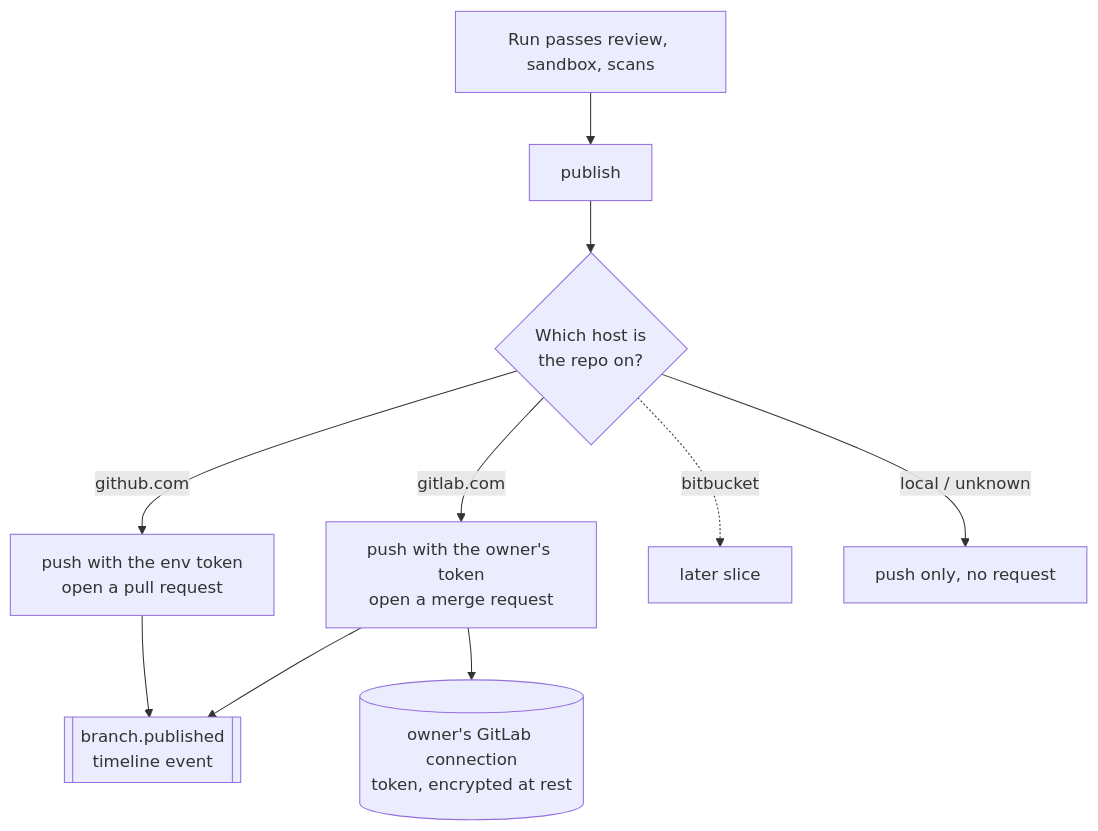
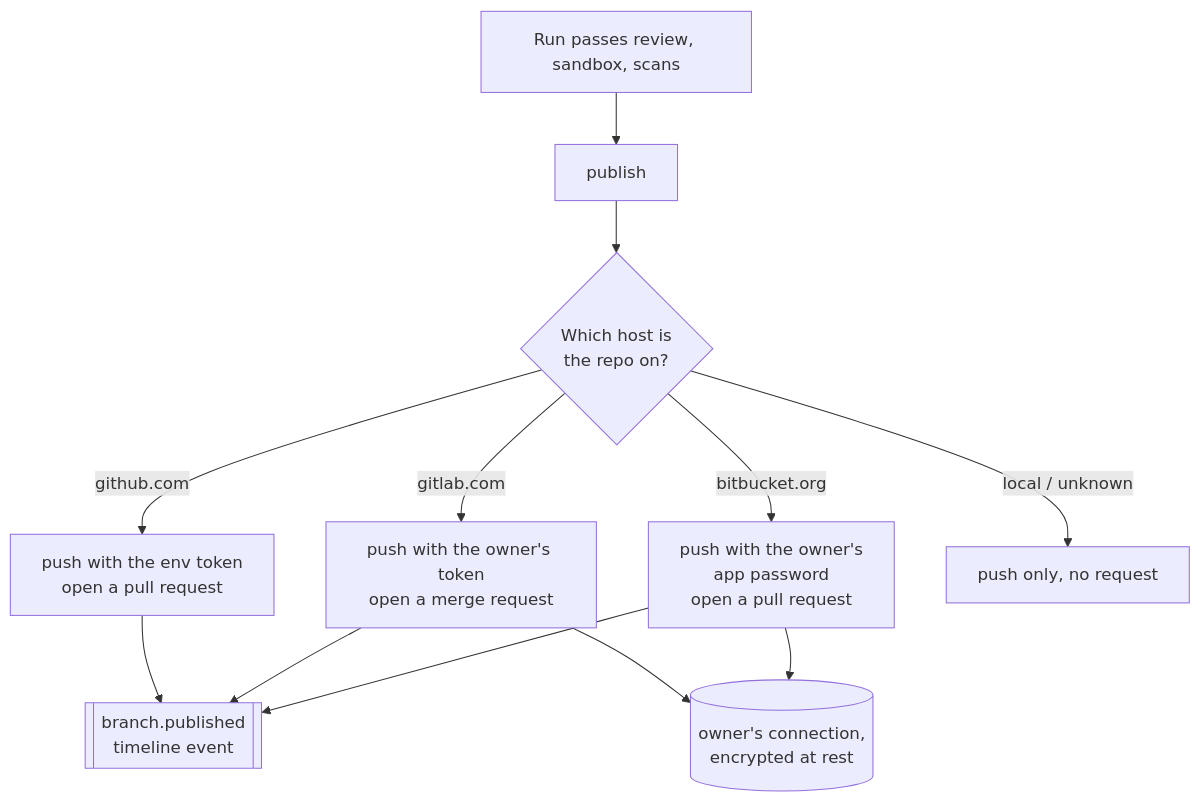
Before and after one commit to aayushraj1425/automated-software-engineering-team: the diagram in docs/architecture/SOURCE_HOSTS.md, drawn with Mermaid. The commit also changed other lines of this file and 9 other files, not shown here.

````diff
--- a/docs/architecture/SOURCE_HOSTS.md
+++ b/docs/architecture/SOURCE_HOSTS.md
@@ -17,12 +17,14 @@
 ```mermaid
 flowchart TD
     R[Run passes review, sandbox, scans] --> P[publish]
     P --> D{Which host is<br/>the repo on?}
     D -->|github.com| GH[push with the env token<br/>open a pull request]
     D -->|gitlab.com| GL[push with the owner's token<br/>open a merge request]
-    D -.->|bitbucket| LATER[later slice]
+    D -->|bitbucket.org| BB[push with the owner's<br/>app password<br/>open a pull request]
     D -->|local / unknown| PUSHONLY[push only, no request]
-    GL --> C[(owner's GitLab connection<br/>token, encrypted at rest)]
+    GL --> C[(owner's connection,<br/>encrypted at rest)]
+    BB --> C
     GH --> EV[["branch.published<br/>timeline event"]]
     GL --> EV
+    BB --> EV
 ```
````
